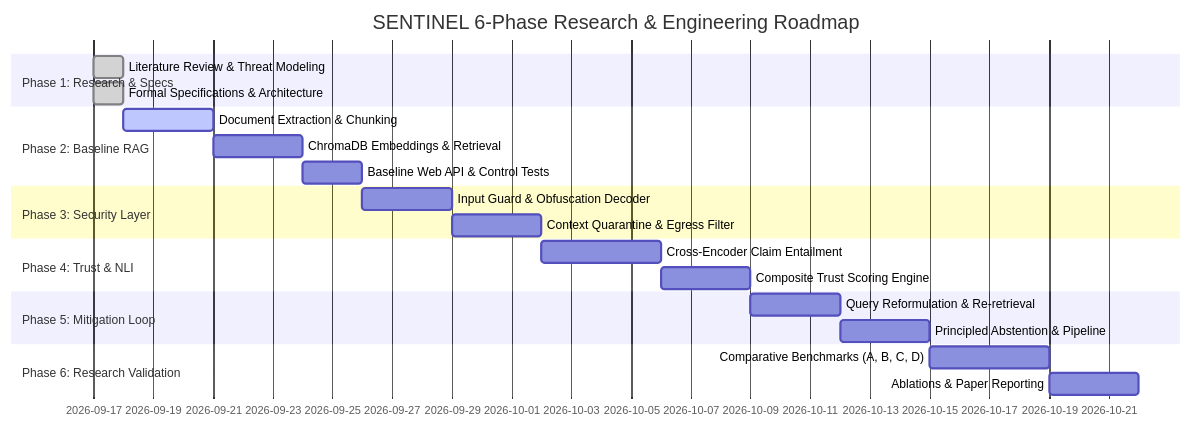
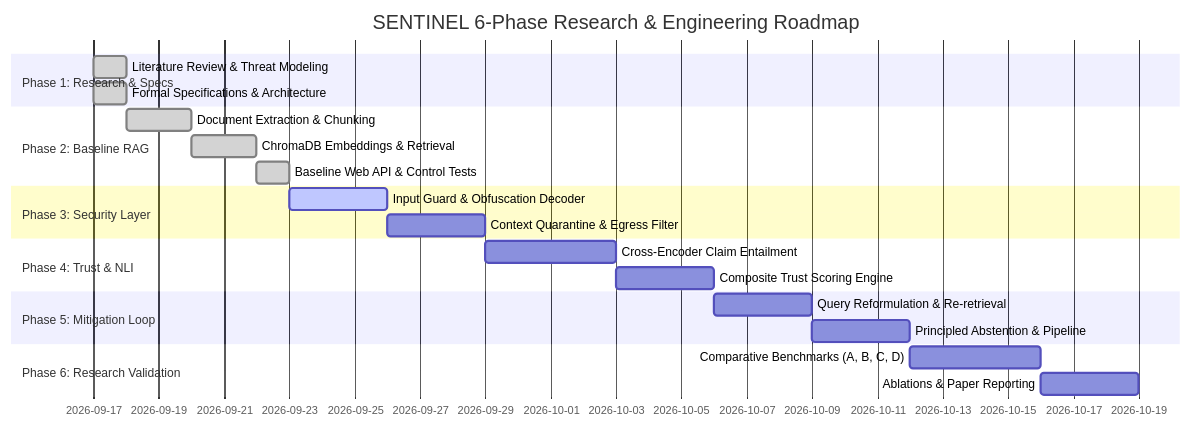
One commit to sharadpawarsaini/sentinel-secure-trustworthy-rag changed the second of 2 diagrams in README.md. Above: the diagram before and after it, drawn with Mermaid. The commit also changed other lines of this file and 4 other files, not shown here.

Commit message:
docs: enrich README with live web portal preview, test coverage chart, and pipeline architecture diagram

````diff
--- a/README.md
+++ b/README.md
@@ -274,24 +208,24 @@
 ```mermaid
 gantt
     title SENTINEL 6-Phase Research & Engineering Roadmap
     dateFormat  YYYY-MM-DD
     section Phase 1: Research & Specs
     Literature Review & Threat Modeling :done, p1_1, 2026-09-17, 1d
     Formal Specifications & Architecture :done, p1_2, 2026-09-17, 1d
     section Phase 2: Baseline RAG
-    Document Extraction & Chunking     :active, p2_1, 2026-09-18, 3d
-    ChromaDB Embeddings & Retrieval     :p2_2, after p2_1, 3d
-    Baseline Web API & Control Tests    :p2_3, after p2_2, 2d
+    Document Extraction & Chunking     :done, p2_1, 2026-09-18, 2d
+    ChromaDB Embeddings & Retrieval     :done, p2_2, 2026-09-20, 2d
+    Baseline Web API & Control Tests    :done, p2_3, 2026-09-22, 1d
     section Phase 3: Security Layer
-    Input Guard & Obfuscation Decoder   :p3_1, after p2_3, 3d
+    Input Guard & Obfuscation Decoder   :active, p3_1, 2026-09-23, 3d
     Context Quarantine & Egress Filter  :p3_2, after p3_1, 3d
     section Phase 4: Trust & NLI
     Cross-Encoder Claim Entailment      :p4_1, after p3_2, 4d
     Composite Trust Scoring Engine      :p4_2, after p4_1, 3d
     section Phase 5: Mitigation Loop
     Query Reformulation & Re-retrieval  :p5_1, after p4_2, 3d
     Principled Abstention & Pipeline    :p5_2, after p5_1, 3d
     section Phase 6: Research Validation
     Comparative Benchmarks (A, B, C, D) :p6_1, after p5_2, 4d
     Ablations & Paper Reporting         :p6_2, after p6_1, 3d
 ```
````
